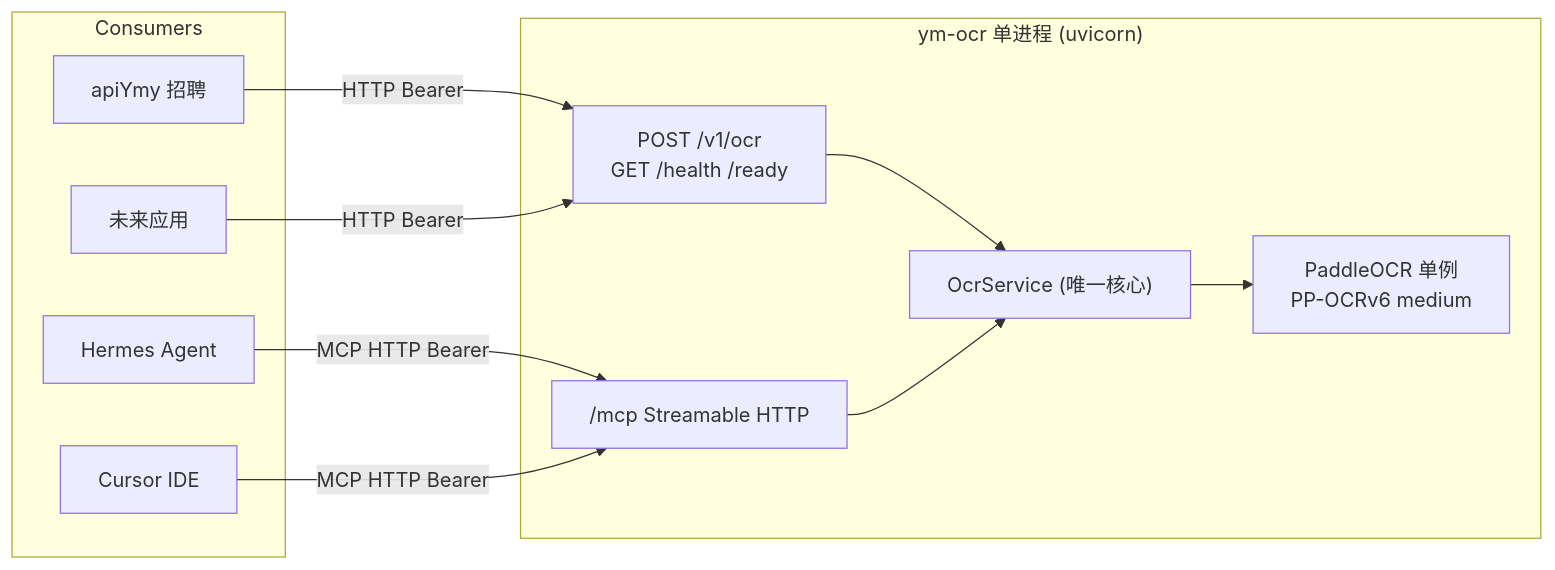
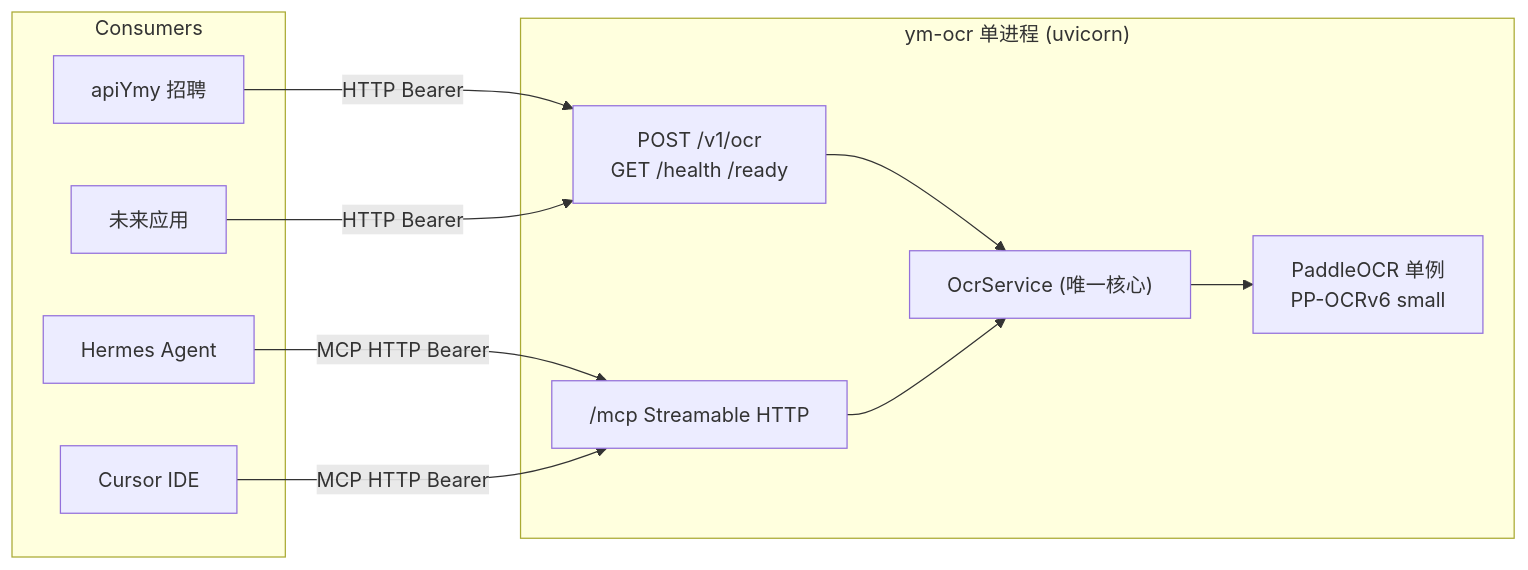
One commit to Y9958M/ym-ocr changed the diagram in README.md. Above: the diagram before and after it, drawn with Mermaid. The commit also changed other lines of this file and 5 other files, not shown here.

````diff
--- a/README.md
+++ b/README.md
@@ -9,22 +9,22 @@
 ```mermaid
 flowchart LR
     subgraph Consumers
         apiYmy[apiYmy 招聘]
         AppB[未来应用]
         Hermes[Hermes Agent]
         Cursor[Cursor IDE]
     end
     subgraph YmOcr["ym-ocr 单进程 (uvicorn)"]
         Rest["POST /v1/ocr<br/>GET /health /ready"]
         Mcp["/mcp Streamable HTTP"]
         Core["OcrService (唯一核心)"]
-        Engine["PaddleOCR 单例<br/>PP-OCRv6 medium"]
+        Engine["PaddleOCR 单例<br/>PP-OCRv6 small"]
         Rest --> Core
         Mcp --> Core
         Core --> Engine
     end
     apiYmy -->|HTTP Bearer| Rest
     AppB -->|HTTP Bearer| Rest
     Hermes -->|MCP HTTP Bearer| Mcp
     Cursor -->|MCP HTTP Bearer| Mcp
 ```
````
